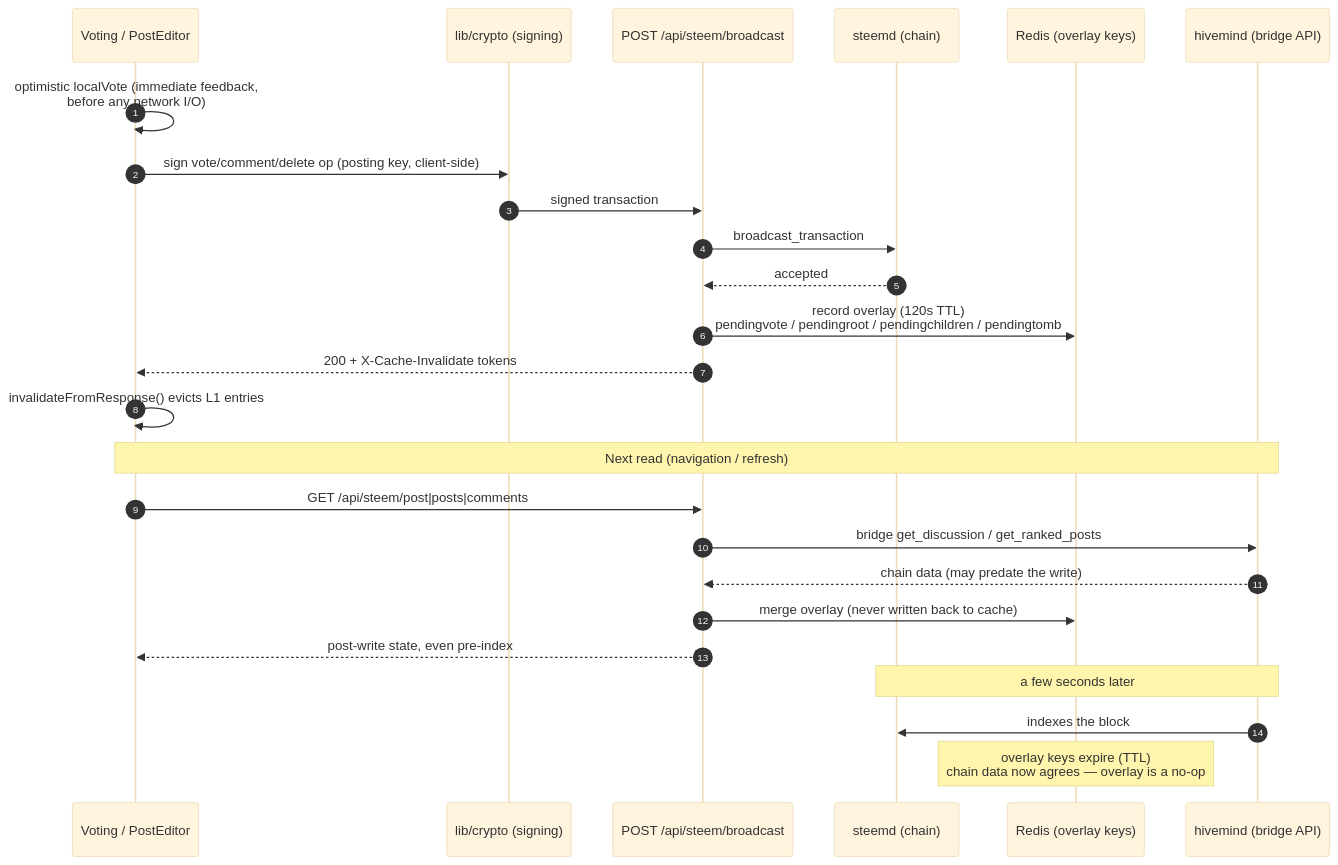
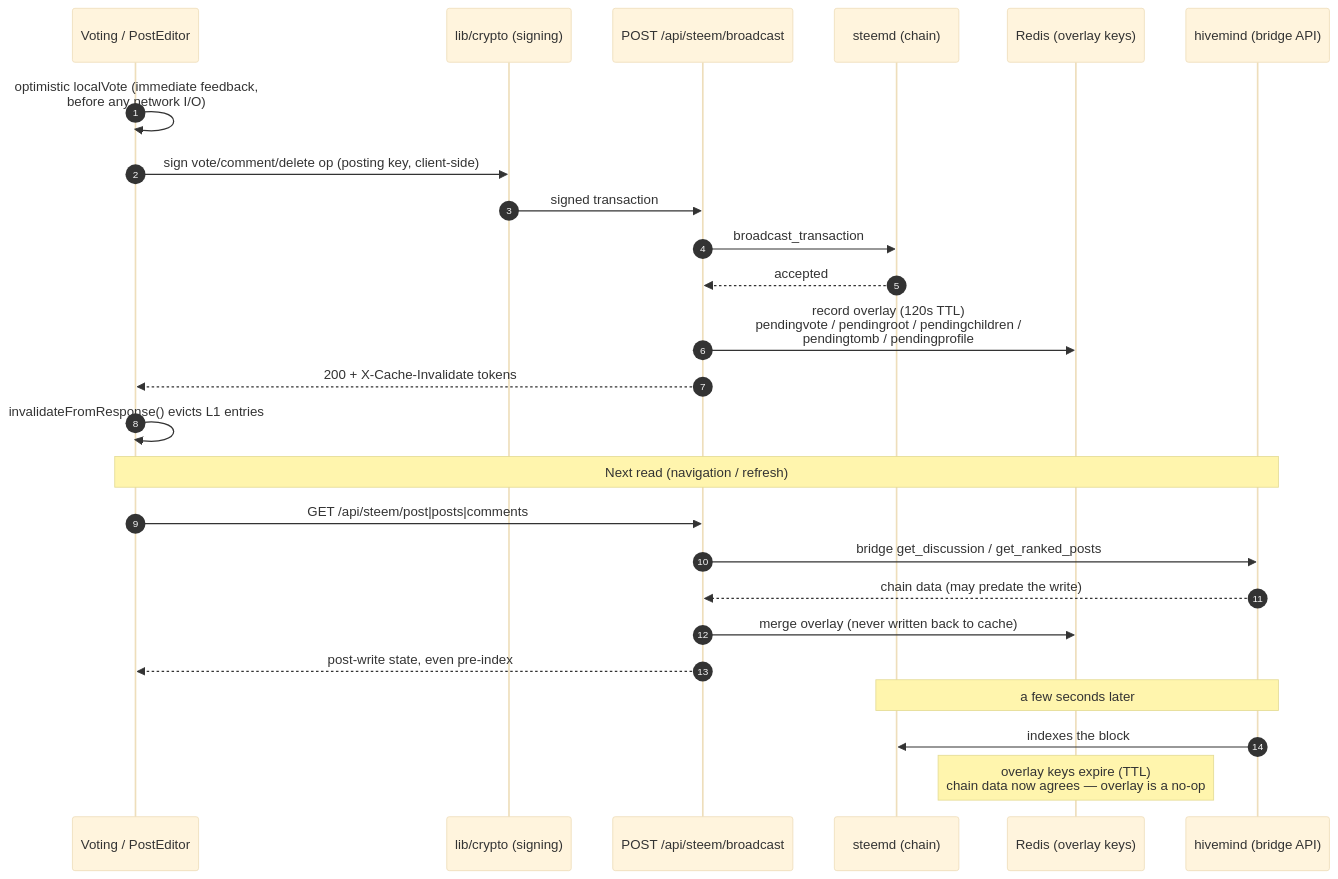
One commit to steemit/condenser changed the first of 3 diagrams in docs/VOTE_STATE_FLOW.md. Above: the diagram before and after it, drawn with Mermaid (base theme). The commit also changed other lines of this file and 5 other files, not shown here.

````diff
--- a/docs/VOTE_STATE_FLOW.md
+++ b/docs/VOTE_STATE_FLOW.md
@@ -22,30 +23,30 @@
 ```mermaid
 sequenceDiagram
     autonumber
     participant UI as Voting / PostEditor
     participant C as lib/crypto (signing)
     participant B as POST /api/steem/broadcast
     participant D as steemd (chain)
     participant R as Redis (overlay keys)
     participant H as hivemind (bridge API)
 
     UI->>UI: optimistic localVote (immediate feedback,<br/>before any network I/O)
     UI->>C: sign vote/comment/delete op (posting key, client-side)
     C->>B: signed transaction
     B->>D: broadcast_transaction
     D-->>B: accepted
-    B->>R: record overlay (120s TTL)<br/>pendingvote / pendingroot / pendingchildren / pendingtomb
+    B->>R: record overlay (120s TTL)<br/>pendingvote / pendingroot / pendingchildren /<br/>pendingtomb / pendingprofile
     B-->>UI: 200 + X-Cache-Invalidate tokens
     UI->>UI: invalidateFromResponse() evicts L1 entries
 
     Note over UI,H: Next read (navigation / refresh)
     UI->>B: GET /api/steem/post|posts|comments
     B->>H: bridge get_discussion / get_ranked_posts
     H-->>B: chain data (may predate the write)
     B->>R: merge overlay (never written back to cache)
     B-->>UI: post-write state, even pre-index
 
     Note over D,H: a few seconds later
     H->>D: indexes the block
     Note over R: overlay keys expire (TTL)<br/>chain data now agrees — overlay is a no-op
 ```
````
